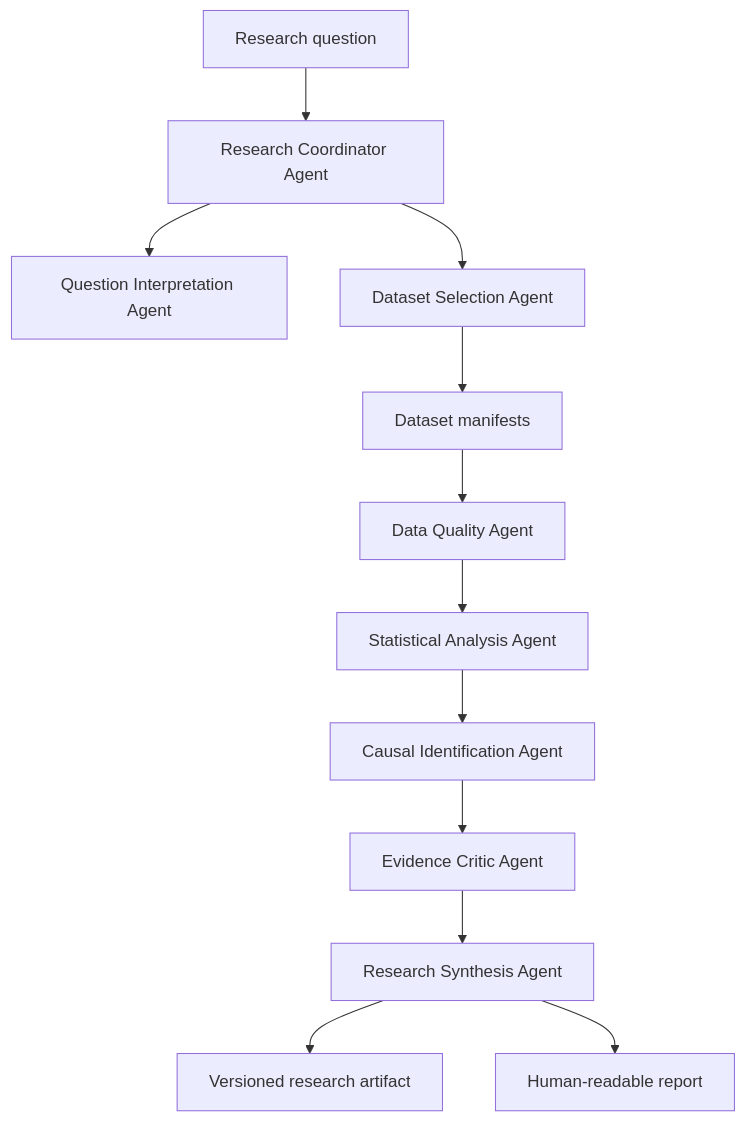
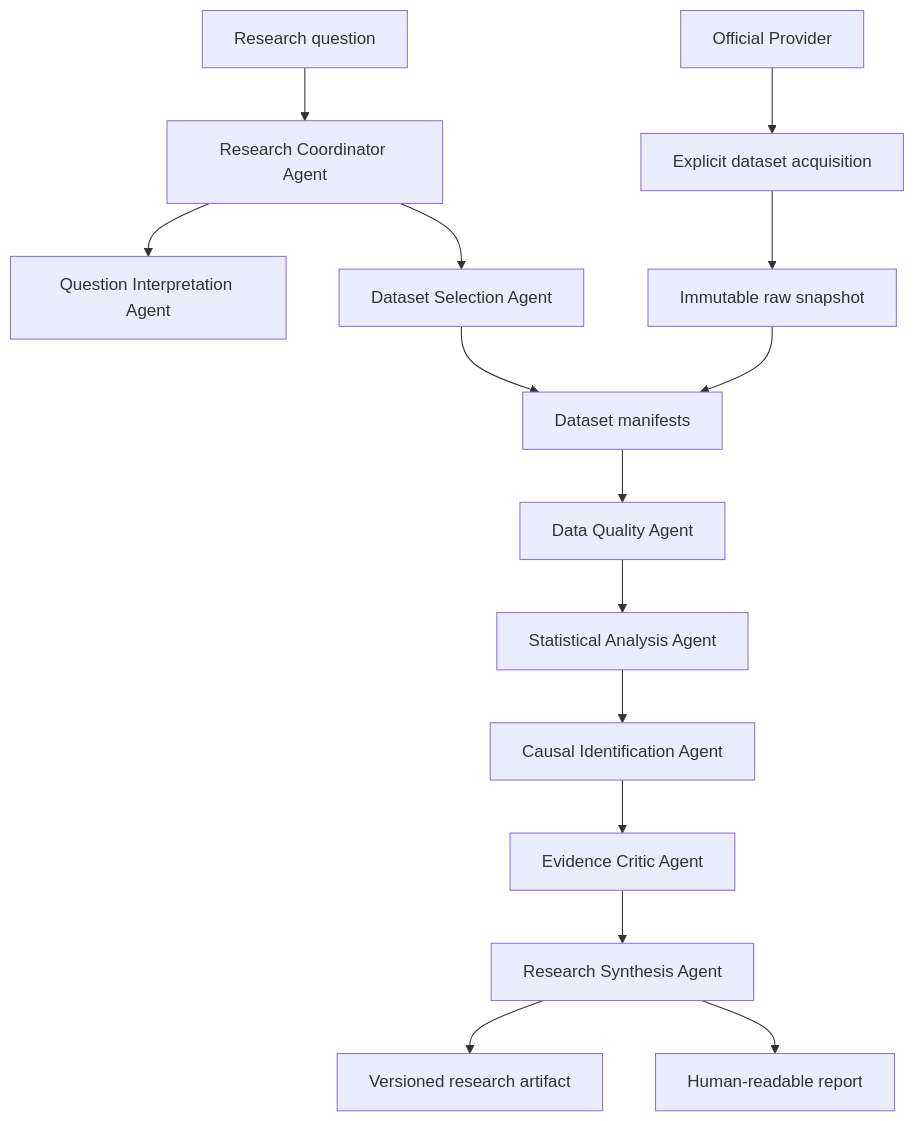
Before and after one commit to HasaanNoor/polaris: the diagram in docs/architecture/system-overview.md, drawn with Mermaid. The commit also changed other lines of this file and 24 other files, not shown here.

Commit message:
implemented phase 10: added deterministic provider-based dataset acquisition

````diff
--- a/docs/architecture/system-overview.md
+++ b/docs/architecture/system-overview.md
@@ -17,14 +18,17 @@
 ```mermaid
 flowchart TD
   Q[Research question] --> C[Research Coordinator Agent]
   C --> I[Question Interpretation Agent]
   C --> D[Dataset Selection Agent]
   D --> M[Dataset manifests]
+  P[Official Provider] --> DL[Explicit dataset acquisition]
+  DL --> R[Immutable raw snapshot]
+  R --> M
   M --> QL[Data Quality Agent]
   QL --> A[Statistical Analysis Agent]
   A --> CI[Causal Identification Agent]
   CI --> EC[Evidence Critic Agent]
   EC --> S[Research Synthesis Agent]
   S --> ART[Versioned research artifact]
   S --> REP[Human-readable report]
 ```
````
